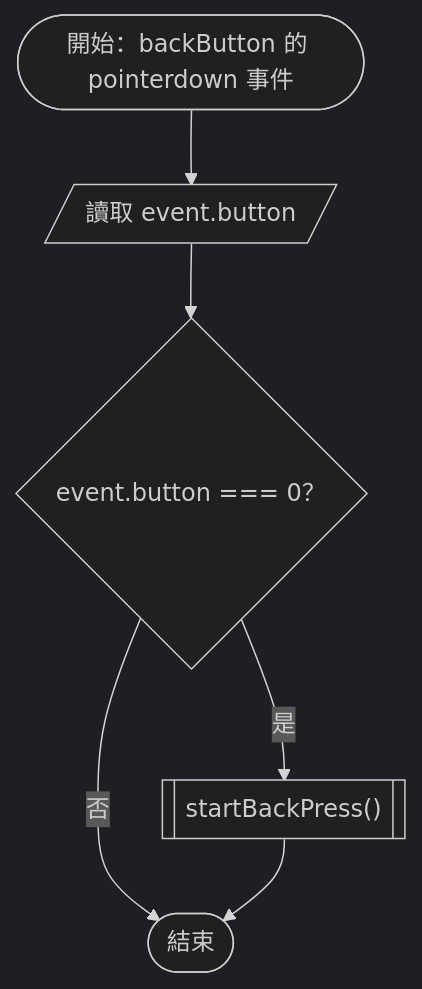
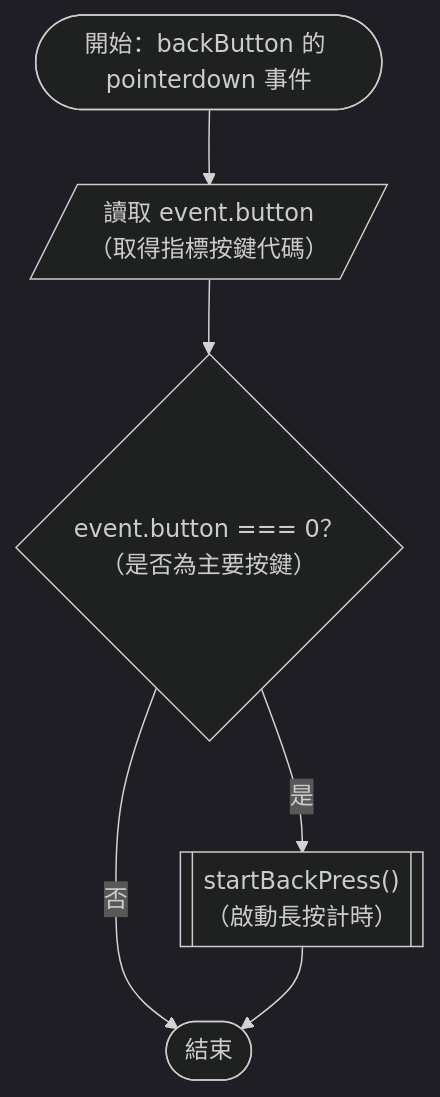
Before and after one commit to Chuen666666/hw3: the fifth of 29 diagrams in README.md, drawn with Mermaid (dark theme). The commit also changed other lines of this file and 1 other file, not shown here.

Commit message:
補充流程圖程式碼中文說明

````diff
--- a/README.md
+++ b/README.md
@@ -54,8 +54,8 @@
 ```mermaid
 flowchart TD
-    START(["開始：backButton 的 pointerdown 事件"]) --> READ[/"讀取 event.button"/]
-    READ --> PRIMARY{"event.button === 0？"}
+    START(["開始：backButton 的 pointerdown 事件"]) --> READ[/"讀取 event.button<br/>（取得指標按鍵代碼）"/]
+    READ --> PRIMARY{"event.button === 0？<br/>（是否為主要按鍵）"}
     PRIMARY -- "否" --> END(["結束"])
-    PRIMARY -- "是" --> PRESS[["startBackPress()"]]
+    PRIMARY -- "是" --> PRESS[["startBackPress()<br/>（啟動長按計時）"]]
     PRESS --> END
 ```
````
